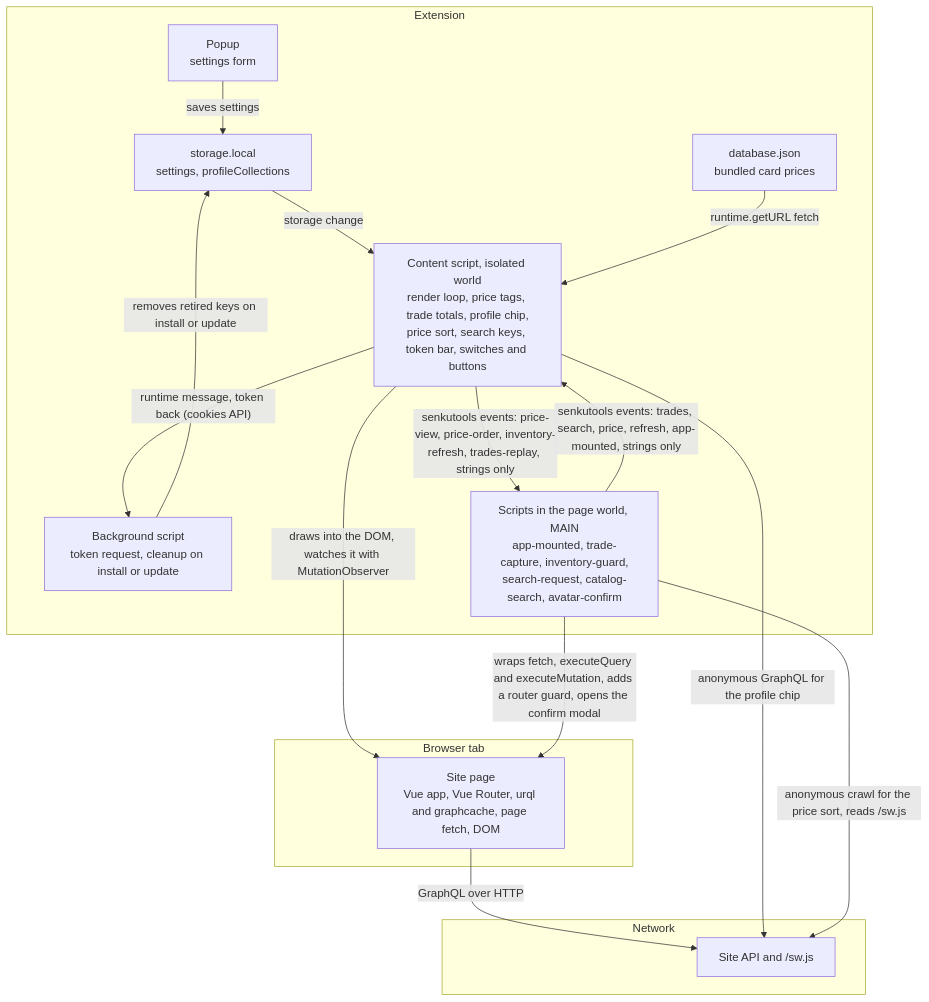
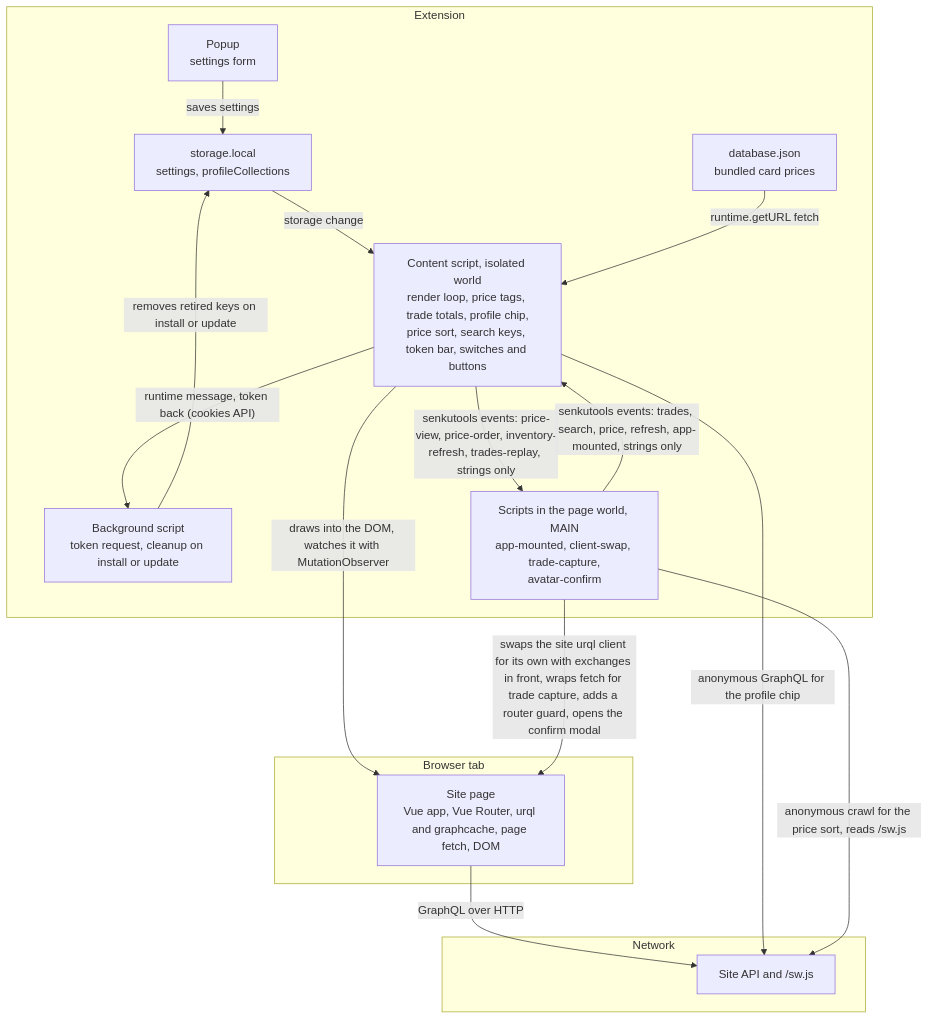
One commit to Antawq/senkuro-tools changed the first of 8 diagrams in docs/architecture.md. Above: the diagram before and after it, drawn with Mermaid. The commit also changed other lines of this file and 1 other file, not shown here.

Commit message:
docs: describe the client swap in the architecture pages

````diff
--- a/docs/architecture.md
+++ b/docs/architecture.md
@@ -9,29 +9,29 @@
 ```mermaid
 flowchart TB
   subgraph EXT["Extension"]
     P["Popup<br/>settings form"]
     BG["Background script<br/>token request, cleanup on install or update"]
     ST["storage.local<br/>settings, profileCollections"]
     DB["database.json<br/>bundled card prices"]
     ISO["Content script, isolated world<br/>render loop, price tags, trade totals, profile chip,<br/>price sort, search keys, token bar, switches and buttons"]
-    MAIN["Scripts in the page world, MAIN<br/>app-mounted, trade-capture, inventory-guard,<br/>search-request, catalog-search, avatar-confirm"]
+    MAIN["Scripts in the page world, MAIN<br/>app-mounted, client-swap, trade-capture,<br/>avatar-confirm"]
   end
   subgraph TAB["Browser tab"]
     PAGE["Site page<br/>Vue app, Vue Router, urql and graphcache, page fetch, DOM"]
   end
   subgraph NET["Network"]
     API["Site API and /sw.js"]
   end
   P -->|"saves settings"| ST
   BG -->|"removes retired keys on install or update"| ST
   ST -->|"storage change"| ISO
   DB -->|"runtime.getURL fetch"| ISO
   ISO -->|"runtime message, token back (cookies API)"| BG
   ISO -->|"senkutools events: price-view, price-order, inventory-refresh, trades-replay, strings only"| MAIN
   MAIN -->|"senkutools events: trades, search, price, refresh, app-mounted, strings only"| ISO
   ISO -->|"draws into the DOM, watches it with MutationObserver"| PAGE
-  MAIN -->|"wraps fetch, executeQuery and executeMutation, adds a router guard, opens the confirm modal"| PAGE
+  MAIN -->|"swaps the site urql client for its own with exchanges in front, wraps fetch for trade capture, adds a router guard, opens the confirm modal"| PAGE
   PAGE -->|"GraphQL over HTTP"| API
   ISO -->|"anonymous GraphQL for the profile chip"| API
   MAIN -->|"anonymous crawl for the price sort, reads /sw.js"| API
 ```
````
